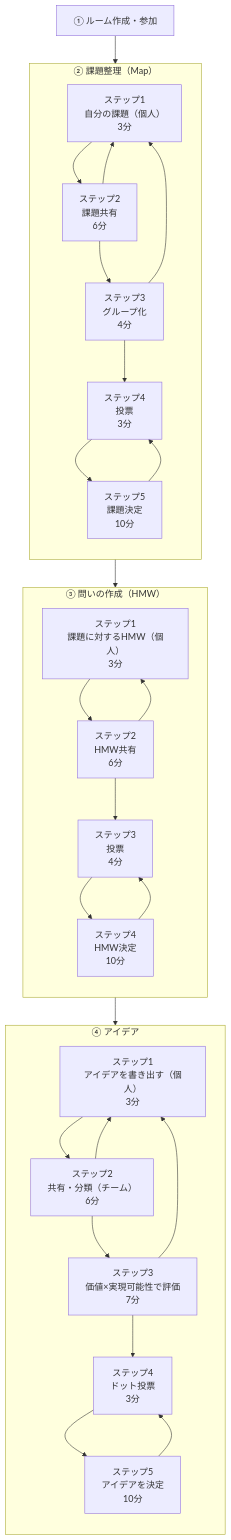
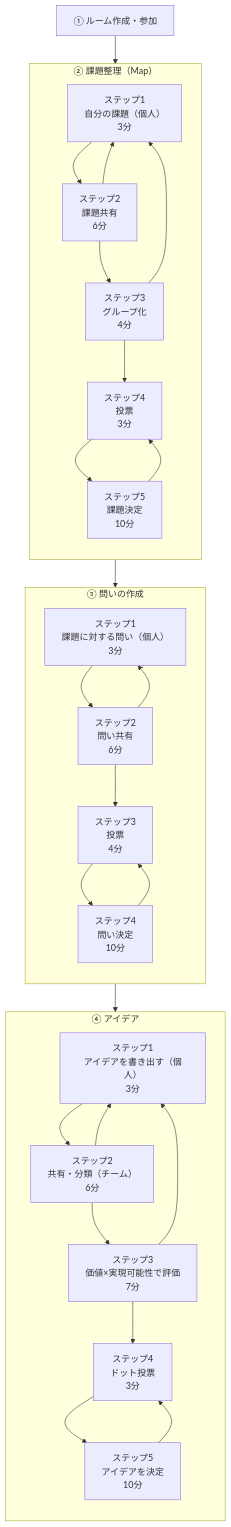
The diagram in docs/product/sprint-flow.md (engineer-first/idea-boost), drawn with Mermaid before and after one commit. The commit also changed other lines of this file and 36 other files, not shown here.

````diff
--- a/docs/product/sprint-flow.md
+++ b/docs/product/sprint-flow.md
@@ -7,51 +7,51 @@
 ```mermaid
 flowchart TD
 
 A[① ルーム作成・参加]
 
 A --> C
 
 subgraph C["② 課題整理（Map）"]
 direction TB
 C1[ステップ1<br>自分の課題（個人）<br>3分]
 C2[ステップ2<br>課題共有<br>6分]
 C3[ステップ3<br>グループ化<br>4分]
 C4[ステップ4<br>投票<br>3分]
 C5[ステップ5<br>課題決定<br>10分]
 
 C1 --> C2 --> C3 --> C4 --> C5
 C2 --> C1
 C3 --> C1
 C5 --> C4
 end
 
 C --> D
 
-subgraph D["③ 問いの作成（HMW）"]
+subgraph D["③ 問いの作成"]
 direction TB
-D1[ステップ1<br>課題に対するHMW（個人）<br>3分]
-D2[ステップ2<br>HMW共有<br>6分]
+D1[ステップ1<br>課題に対する問い（個人）<br>3分]
+D2[ステップ2<br>問い共有<br>6分]
 D3[ステップ3<br>投票<br>4分]
-D4[ステップ4<br>HMW決定<br>10分]
+D4[ステップ4<br>問い決定<br>10分]
 
 D1 --> D2 --> D3 --> D4
 D2 --> D1
 D4 --> D3
 end
 
 D --> E
 
 subgraph E["④ アイデア"]
 direction TB
 E1[ステップ1<br>アイデアを書き出す（個人）<br>3分]
 E2[ステップ2<br>共有・分類（チーム）<br>6分]
 E3[ステップ3<br>価値×実現可能性で評価<br>7分]
 E4[ステップ4<br>ドット投票<br>3分]
 E5[ステップ5<br>アイデアを決定<br>10分]
 
 E1 --> E2 --> E3 --> E4 --> E5
 E2 --> E1
 E3 --> E1
 E5 --> E4
 end
 ```
````
